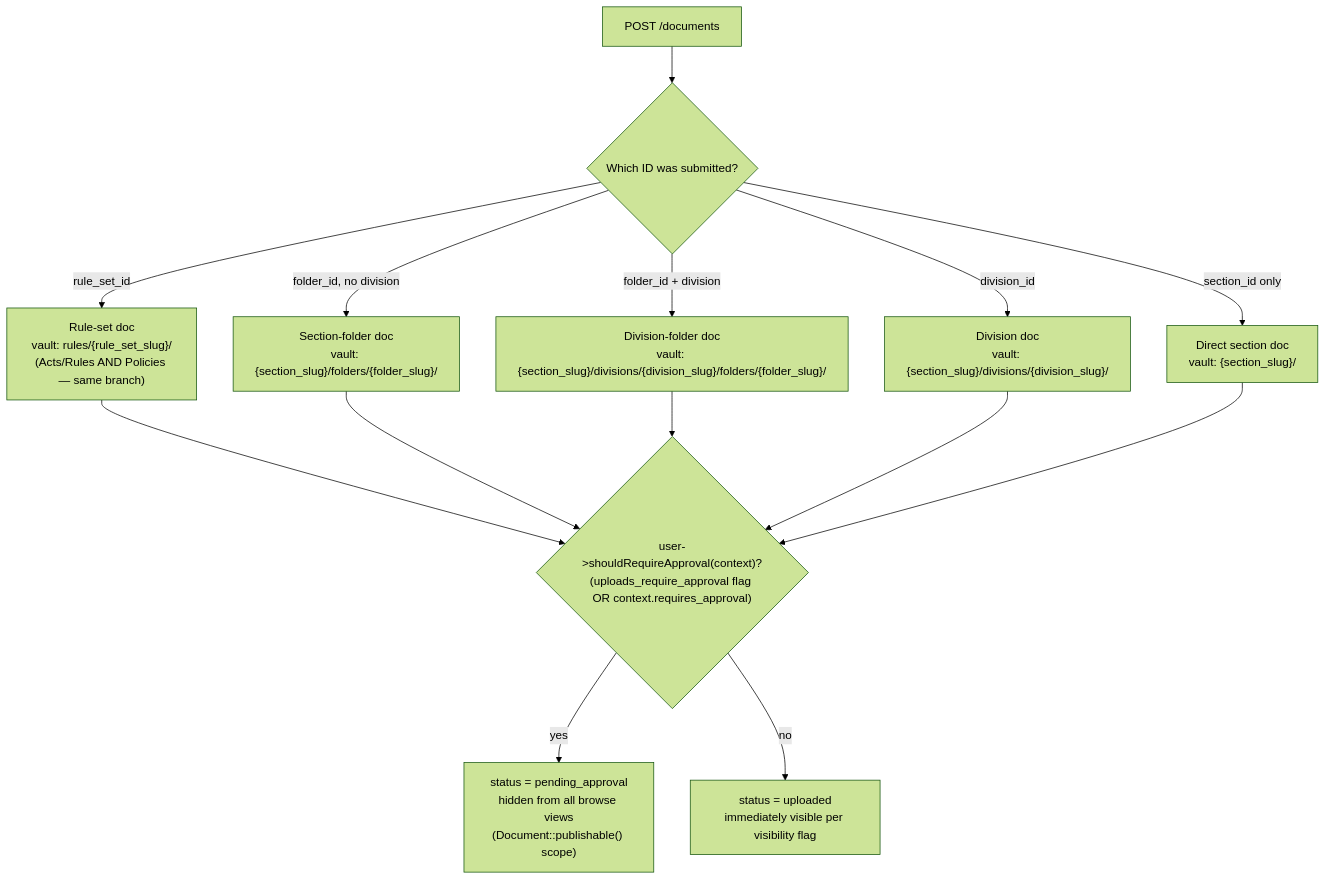
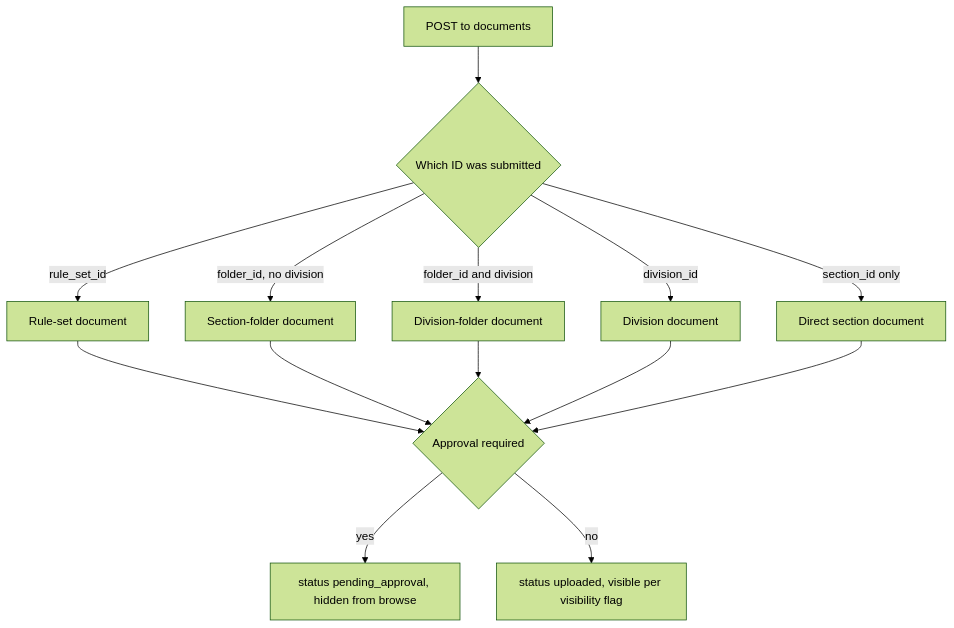
One commit to SubhanRaj/pdf-markdown-pipeline changed the third of 6 diagrams in APP_FLOW.md. Above: the diagram before and after it, drawn with Mermaid (forest theme). The commit also changed other lines of this file, not shown here.

First line of the commit message:
fix(docs): rewrite APP_FLOW.md diagrams to fix mermaid parse errors

````diff
--- a/APP_FLOW.md
+++ b/APP_FLOW.md
@@ -44,18 +70,18 @@
 ```mermaid
 flowchart TD
-    U[POST /documents] --> CTX{Which ID was submitted?}
-    CTX -->|rule_set_id| RS["Rule-set doc\nvault: rules/{rule_set_slug}/\n(Acts/Rules AND Policies — same branch)"]
-    CTX -->|folder_id, no division| FS["Section-folder doc\nvault: {section_slug}/folders/{folder_slug}/"]
-    CTX -->|folder_id + division| FD["Division-folder doc\nvault: {section_slug}/divisions/{division_slug}/folders/{folder_slug}/"]
-    CTX -->|division_id| DV["Division doc\nvault: {section_slug}/divisions/{division_slug}/"]
-    CTX -->|section_id only| SD["Direct section doc\nvault: {section_slug}/"]
+    U[POST to documents] --> CTX{Which ID was submitted}
+    CTX -->|rule_set_id| RS[Rule-set document]
+    CTX -->|folder_id, no division| FS[Section-folder document]
+    CTX -->|folder_id and division| FD[Division-folder document]
+    CTX -->|division_id| DV[Division document]
+    CTX -->|section_id only| SD[Direct section document]
 
-    RS --> APR{"user->shouldRequireApproval(context)?\n(uploads_require_approval flag OR context.requires_approval)"}
+    RS --> APR{Approval required}
     FS --> APR
     FD --> APR
     DV --> APR
     SD --> APR
 
-    APR -->|yes| PA["status = pending_approval\nhidden from all browse views\n(Document::publishable() scope)"]
-    APR -->|no| UP["status = uploaded\nimmediately visible per visibility flag"]
+    APR -->|yes| PA[status pending_approval, hidden from browse]
+    APR -->|no| UP[status uploaded, visible per visibility flag]
 ```
````
